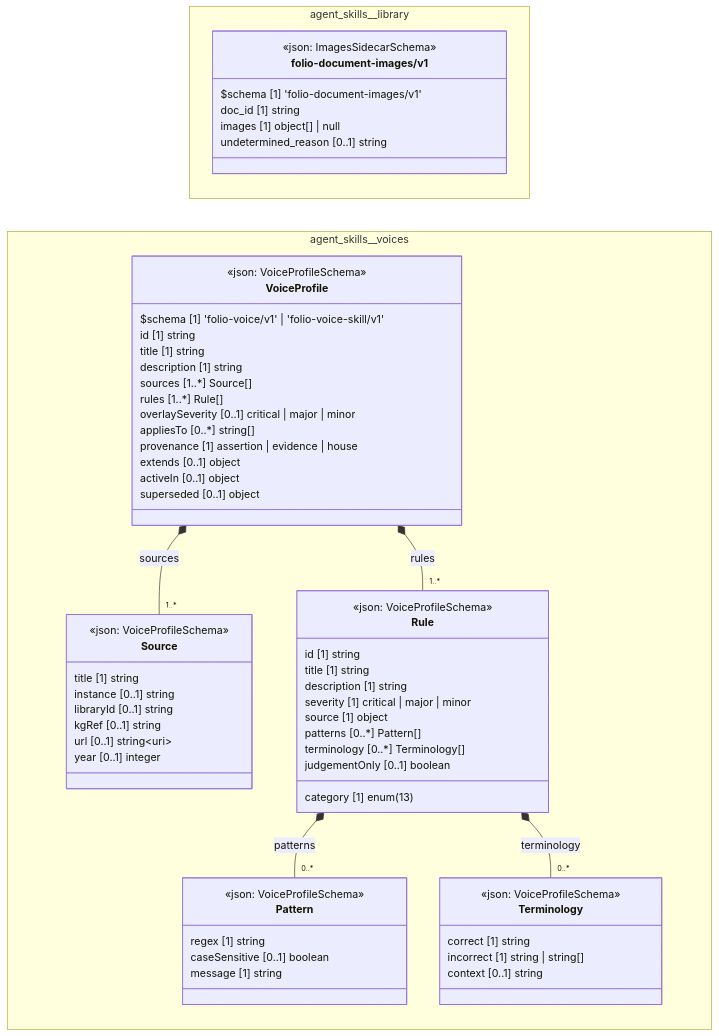
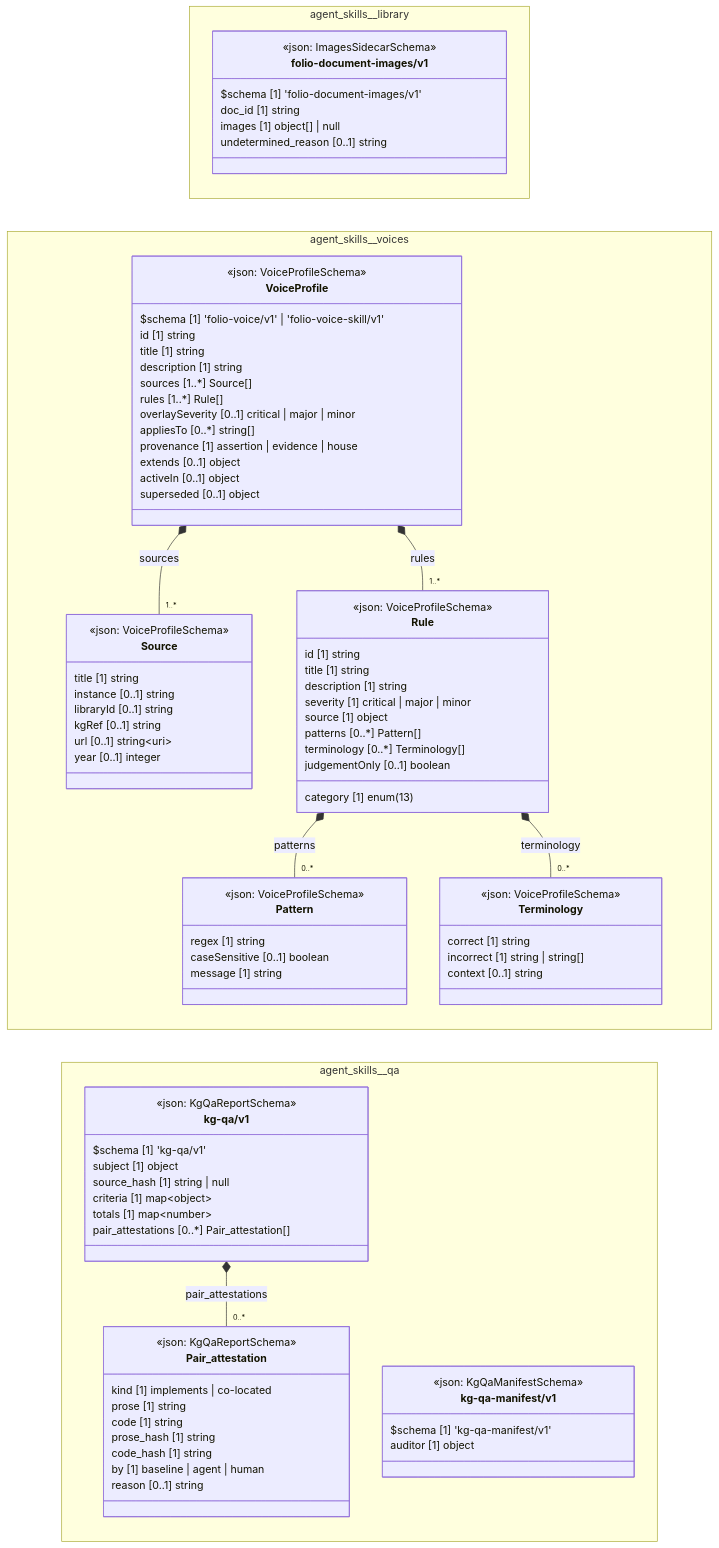
One commit to litlfred/folio-assistant changed the diagram in cat-harness/docs/uml/overview/agent-skills.md. Above: the diagram before and after it, drawn with Mermaid. The commit also changed other lines of this file and 275 other files, not shown here.

````diff
--- a/cat-harness/docs/uml/overview/agent-skills.md
+++ b/cat-harness/docs/uml/overview/agent-skills.md
@@ -103,6 +105,32 @@
       superseded [0..1] object
     }
   }
+  namespace agent_skills__qa {
+    class agent_skills_qa_kg_qa_v1_Pair_attestation["Pair_attestation"] {
+      <<json: KgQaReportSchema>>
+      kind [1] implements | co-located
+      prose [1] string
+      code [1] string
+      prose_hash [1] string
+      code_hash [1] string
+      by [1] baseline | agent | human
+      reason [0..1] string
+    }
+    class agent_skills_qa_kg_qa_v1_kg_qa_v1["kg-qa/v1"] {
+      <<json: KgQaReportSchema>>
+      $schema [1] 'kg-qa/v1'
+      subject [1] object
+      source_hash [1] string | null
+      criteria [1] map~object~
+      totals [1] map~number~
+      pair_attestations [0..*] Pair_attestation[]
+    }
+    class agent_skills_qa_kg_qa_manifest_v1_kg_qa_manifest_v1["kg-qa-manifest/v1"] {
+      <<json: KgQaManifestSchema>>
+      $schema [1] 'kg-qa-manifest/v1'
+      auditor [1] object
+    }
+  }
   cssClass "agent_skills_library_folio_document_images_v1_folio_document_images_v1" fa_uml_kind_library
   agent_skills_voices_VoiceProfile *-- "1..*" agent_skills_voices_Source : sources
   agent_skills_voices_Rule *-- "0..*" agent_skills_voices_Pattern : patterns
@@ -113,4 +141,8 @@
   cssClass "agent_skills_voices_Terminology" fa_uml_kind_voices
   cssClass "agent_skills_voices_Rule" fa_uml_kind_voices
   cssClass "agent_skills_voices_VoiceProfile" fa_uml_kind_voices
+  agent_skills_qa_kg_qa_v1_kg_qa_v1 *-- "0..*" agent_skills_qa_kg_qa_v1_Pair_attestation : pair_attestations
+  cssClass "agent_skills_qa_kg_qa_v1_Pair_attestation" fa_uml_kind_qa
+  cssClass "agent_skills_qa_kg_qa_v1_kg_qa_v1" fa_uml_kind_qa
+  cssClass "agent_skills_qa_kg_qa_manifest_v1_kg_qa_manifest_v1" fa_uml_kind_qa
 ```
````
